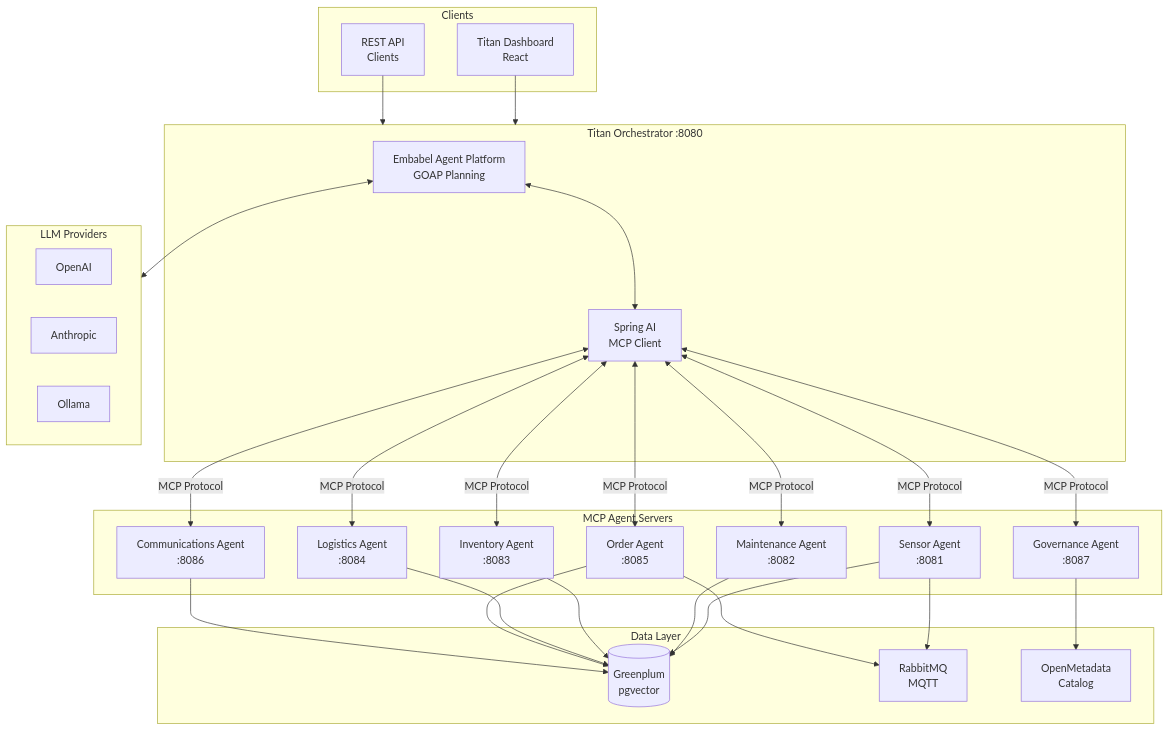
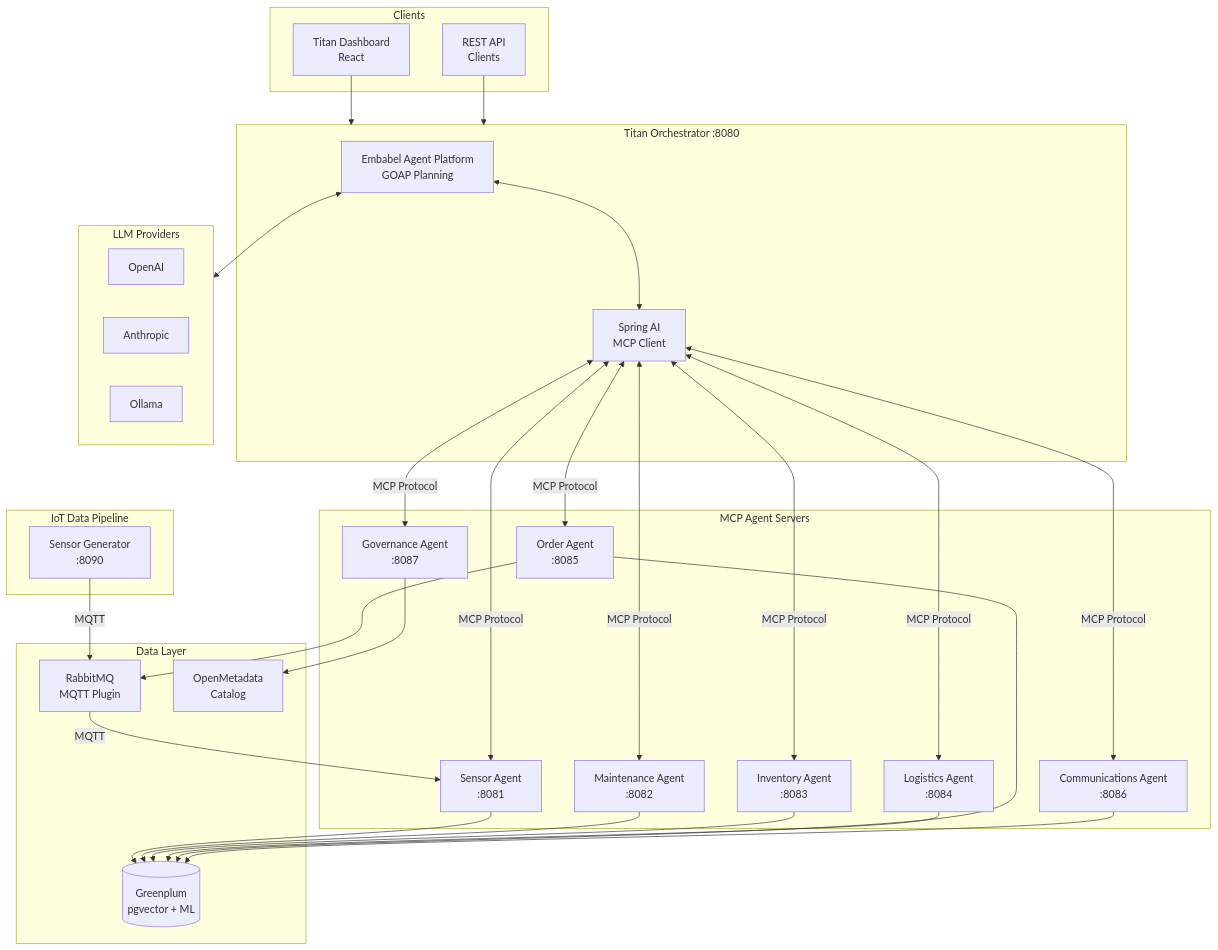
The diagram in README.md (dbbaskette/titan-manufacturing), drawn with Mermaid before and after one commit. The commit also changed other lines of this file and 31 other files, not shown here.

````diff
--- a/README.md
+++ b/README.md
@@ -60,57 +60,62 @@
 ```mermaid
 flowchart TB
     subgraph Clients
         UI[Titan Dashboard<br/>React]
         API[REST API<br/>Clients]
     end
 
     subgraph Orchestrator["Titan Orchestrator :8080"]
         EMB[Embabel Agent Platform<br/>GOAP Planning]
         MCP_C[Spring AI<br/>MCP Client]
     end
 
     subgraph MCP_Agents["MCP Agent Servers"]
         SENS[Sensor Agent<br/>:8081]
         MAINT[Maintenance Agent<br/>:8082]
         INV[Inventory Agent<br/>:8083]
         LOG[Logistics Agent<br/>:8084]
         ORD[Order Agent<br/>:8085]
         COMM[Communications Agent<br/>:8086]
         GOV[Governance Agent<br/>:8087]
     end
 
+    subgraph IoT["IoT Data Pipeline"]
+        GEN[Sensor Generator<br/>:8090]
+    end
+
     subgraph Data["Data Layer"]
-        GP[(Greenplum<br/>pgvector)]
-        RMQ[RabbitMQ<br/>MQTT]
+        GP[(Greenplum<br/>pgvector + ML)]
+        RMQ[RabbitMQ<br/>MQTT Plugin]
         OM[OpenMetadata<br/>Catalog]
     end
 
     subgraph LLM["LLM Providers"]
         OAI[OpenAI]
         ANT[Anthropic]
         OLL[Ollama]
     end
 
     UI --> Orchestrator
     API --> Orchestrator
     EMB <--> MCP_C
     MCP_C <-->|MCP Protocol| SENS
     MCP_C <-->|MCP Protocol| MAINT
     MCP_C <-->|MCP Protocol| INV
     MCP_C <-->|MCP Protocol| LOG
     MCP_C <-->|MCP Protocol| ORD
     MCP_C <-->|MCP Protocol| COMM
     MCP_C <-->|MCP Protocol| GOV
 
+    GEN -->|MQTT| RMQ
+    RMQ -->|MQTT| SENS
     SENS --> GP
-    SENS --> RMQ
     MAINT --> GP
     INV --> GP
     LOG --> GP
     ORD --> GP
     ORD --> RMQ
     COMM --> GP
     GOV --> OM
 
     EMB <--> LLM
 ```
````
